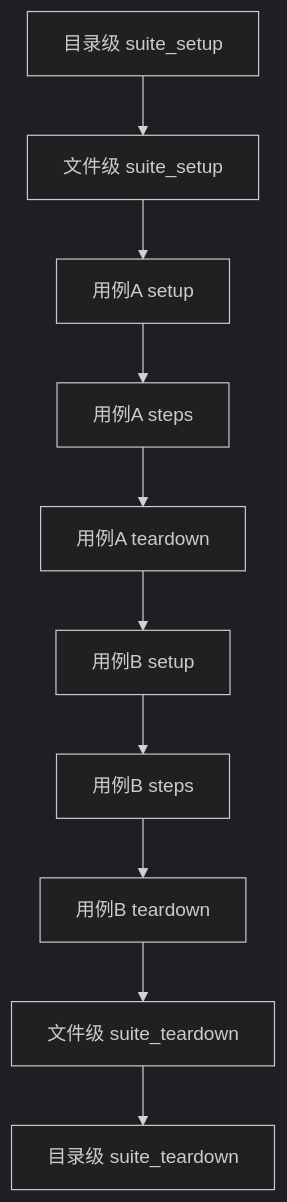
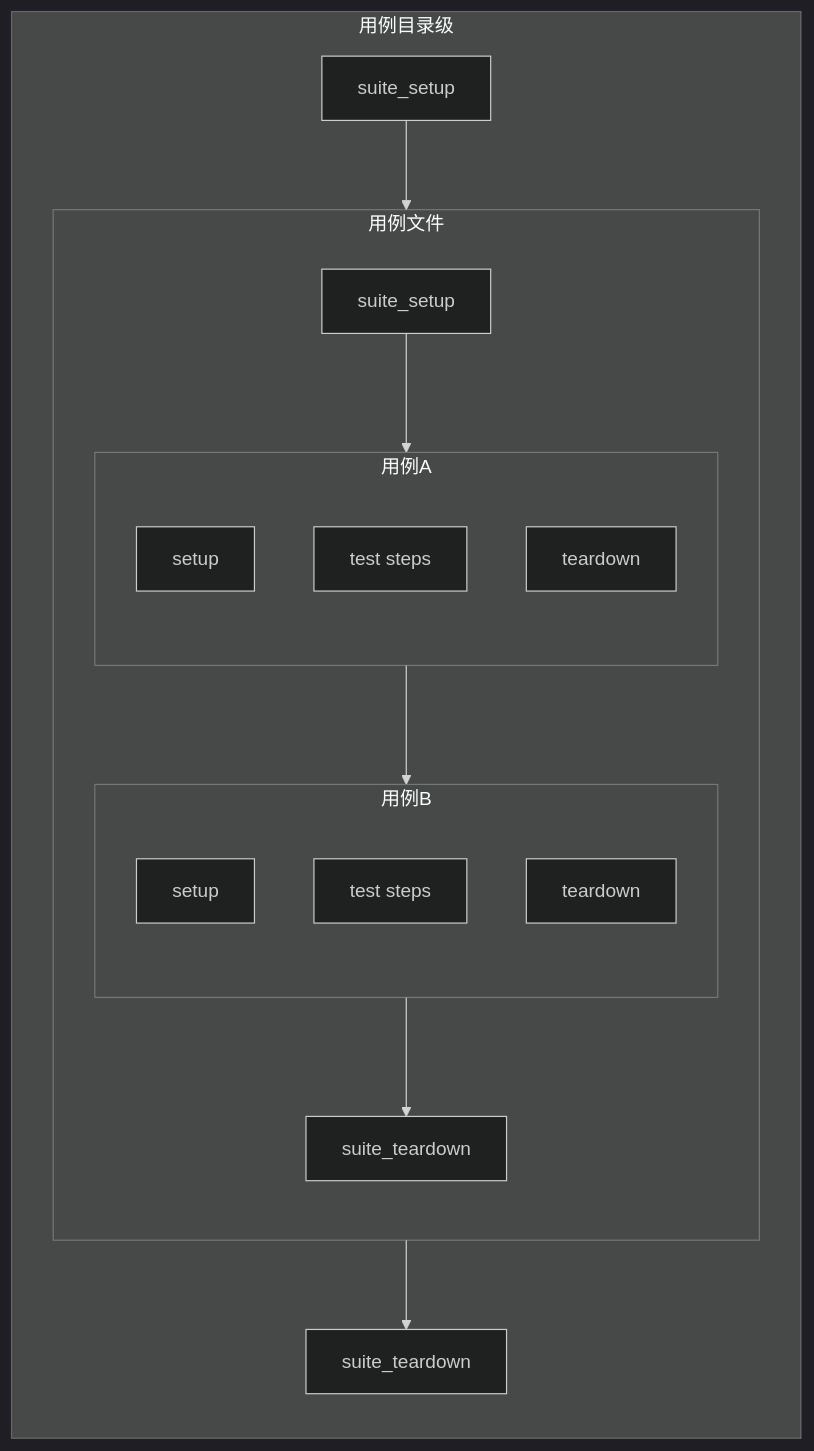
One commit to uytrdcvbjhgf/guyuechen.github.io changed the second of 6 diagrams in content/posts/automation/talk-about-automation.md. Above: the diagram before and after it, drawn with Mermaid (dark theme). The commit also changed other lines of this file and 1 other file, not shown here.

Commit message:
mermaid style

````diff
--- a/content/posts/automation/talk-about-automation.md
+++ b/content/posts/automation/talk-about-automation.md
@@ -46,16 +46,45 @@
 ```mermaid
 flowchart TD
-  SuiteSetup1[目录级 suite_setup]
-  SuiteSetup2[文件级 suite_setup]
-  TC1[用例A setup]
-  Steps1[用例A steps]
-  TD1[用例A teardown]
-  TC2[用例B setup]
-  Steps2[用例B steps]
-  TD2[用例B teardown]
-  SuiteTD2[文件级 suite_teardown]
-  SuiteTD1[目录级 suite_teardown]
-  SuiteSetup1 --> SuiteSetup2 --> TC1
-  TC1 --> Steps1 --> TD1 --> TC2
-  TC2 --> Steps2 --> TD2 --> SuiteTD2 --> SuiteTD1
+
+  %% --- 最外层：用例目录级 ---
+  subgraph SUITE_DIR["用例目录级"]
+    direction TB
+
+    SuiteSetup1["suite_setup"]
+
+    %% --- 中间层：用例文件级 ---
+    subgraph SUITE_FILE["用例文件"]
+      direction TB
+
+      SuiteSetup2["suite_setup"]
+
+      %% --- 用例A ---
+      subgraph TC_A["用例A"]
+        direction TB
+        A1["setup"]
+        A2["test steps"]
+        A3["teardown"]
+      end
+
+      %% --- 用例B ---
+      subgraph TC_B["用例B"]
+        direction TB
+        B1["setup"]
+        B2["test steps"]
+        B3["teardown"]
+      end
+
+      SuiteTD2["suite_teardown"]
+    end
+
+    SuiteTD1["suite_teardown"]
+  end
+
+  %% --- 顺序连接 ---
+  SuiteSetup1 --> SuiteSetup2
+  SuiteSetup2 --> A1
+  A3 --> B1
+  B3 --> SuiteTD2
+  SuiteTD2 --> SuiteTD1
+
 ```
````
